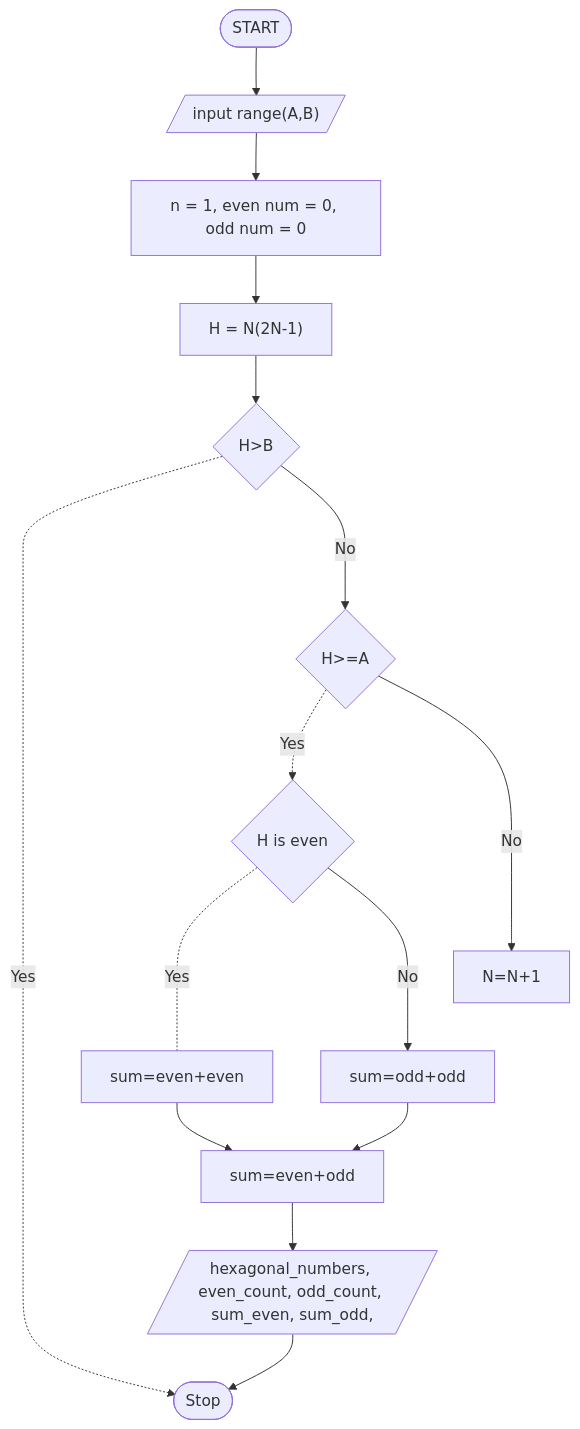
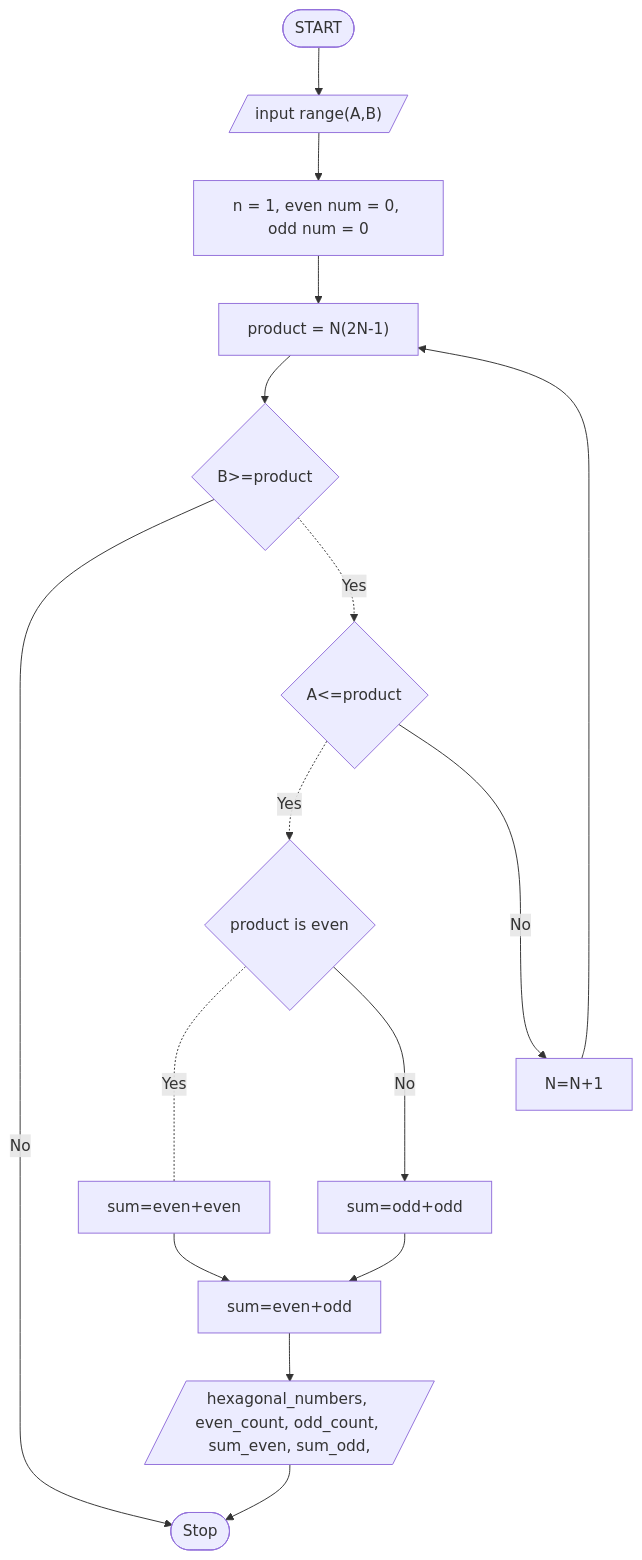
Before and after one commit to gtugaw/comp1236project: the diagram in flowchart/task1.md, drawn with Mermaid.

````diff
--- a/flowchart/task1.md
+++ b/flowchart/task1.md
@@ -8,18 +8,19 @@
 ```mermaid
 flowchart TD
     A([START]) 
     A --> B[/"input range(A,B)"/]
     B --> C["n = 1, even num = 0, odd num = 0"]
-    C --> D["H = N(2N-1)"]
-    D --> E{"H>B"}
-    E -.Yes.-> N
-    E --Noo--> G{"H>=A"}
-    G -.Yes.-> H{"H is even"}
+    C --> D["product = N(2N-1)"]
+    D --> E{"B>=product"}
+    E --Noo--> N
+    E -.Yes.-> G{"A<=product"}
+    G -.Yes.-> H{"product is even"}
     G --Noo--> I["N=N+1"]
+    I --> D
     H -.Yes.- J["sum=even+even"]
     H --Noo--> K["sum=odd+odd"]
     J --> L["sum=even+odd"]
     K --> L["sum=even+odd"]
     L --> M[/"hexagonal_numbers, even_count, odd_count, sum_even, sum_odd,"/] 
     M --> N([Stop])
 ```
````
